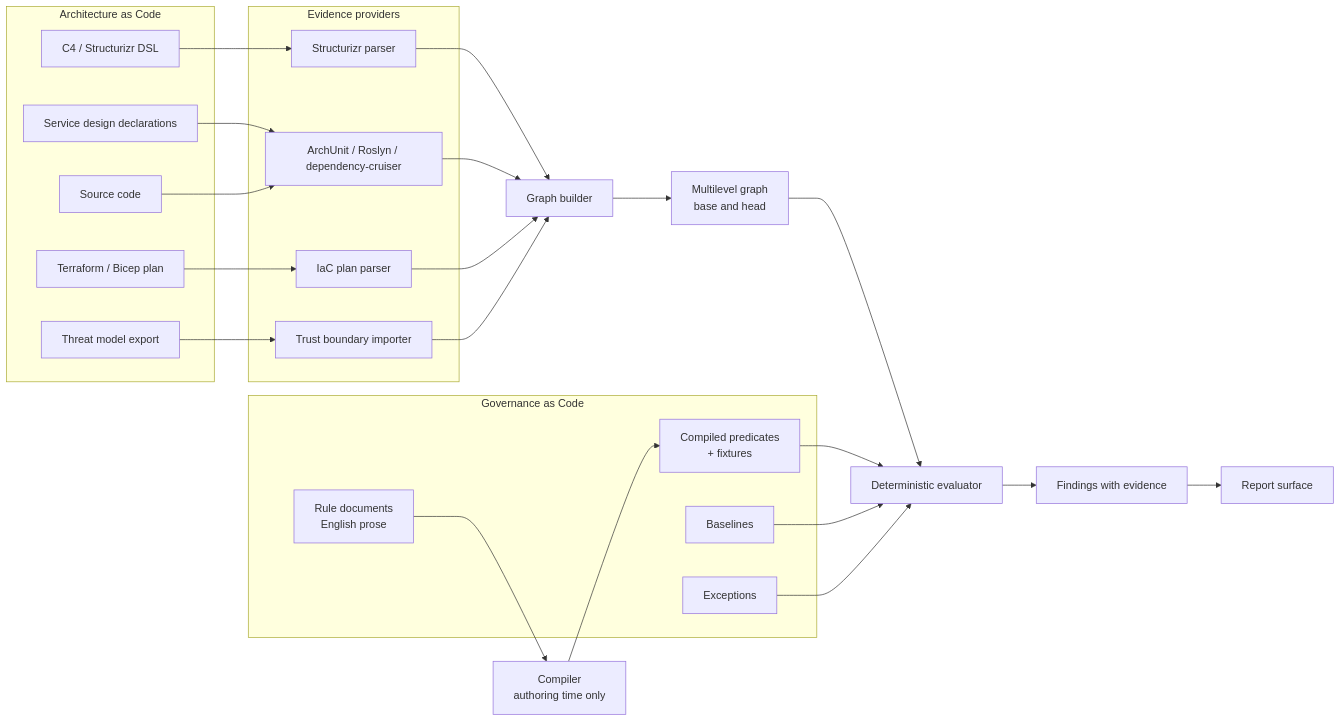
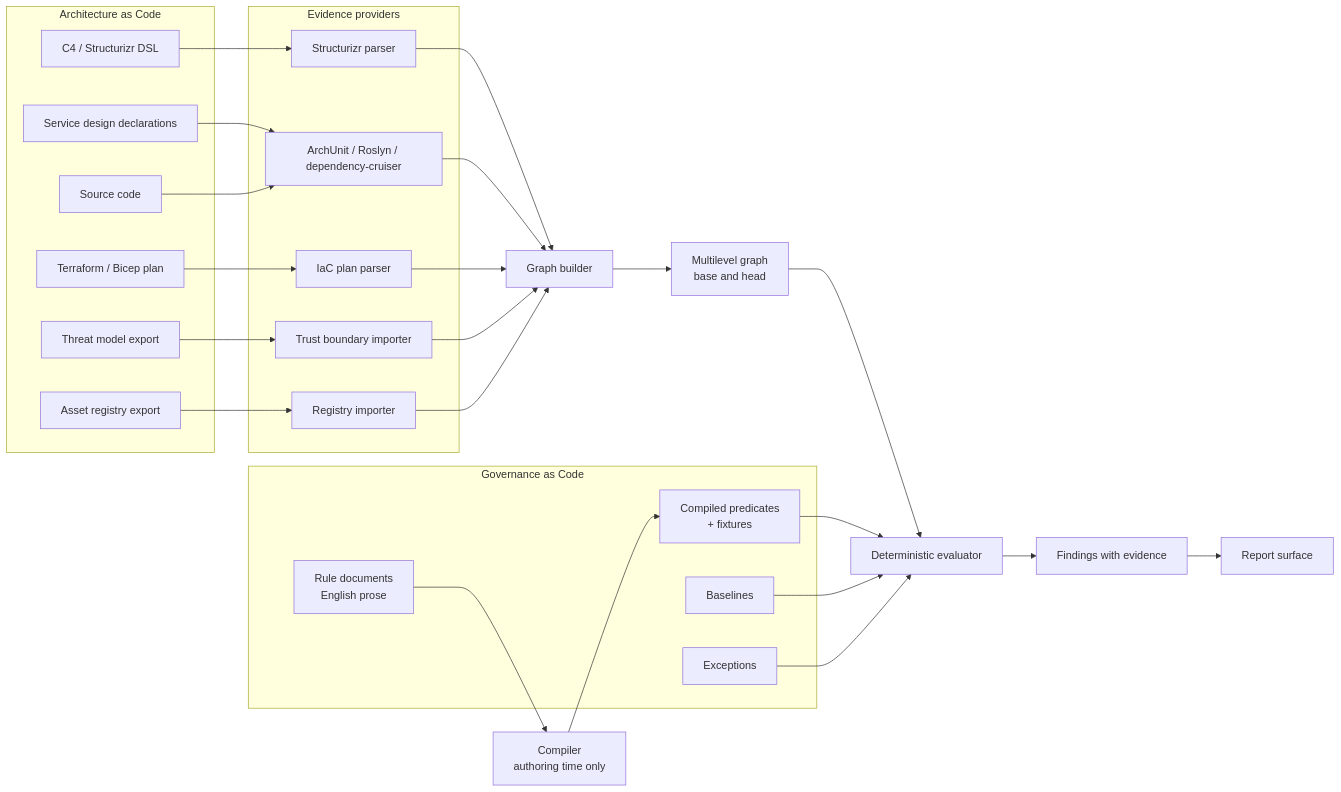
The second of 5 diagrams in idea/00-final-idea.md (Anilinfo2015/ArchGuard-Agent), drawn with Mermaid before and after one commit. The commit also changed other lines of this file, not shown here.

Commit message:
Reframe final idea around shared-asset proliferation; add reuse primitives and capability registry

````diff
--- a/idea/00-final-idea.md
+++ b/idea/00-final-idea.md
@@ -66,51 +152,55 @@
 ```mermaid
 flowchart LR
     subgraph AAC["Architecture as Code"]
         A1["C4 / Structurizr DSL"]
         A2["Service design declarations"]
         A3["Terraform / Bicep plan"]
         A4["Source code"]
         A5["Threat model export"]
+        A6["Asset registry export"]
     end
 
     subgraph EP["Evidence providers"]
         E1["Structurizr parser"]
         E2["ArchUnit / Roslyn / dependency-cruiser"]
         E3["IaC plan parser"]
         E4["Trust boundary importer"]
+        E5["Registry importer"]
     end
 
     GB["Graph builder"]
     GR["Multilevel graph<br/>base and head"]
 
     subgraph GAC["Governance as Code"]
         R1["Rule documents<br/>English prose"]
         R2["Compiled predicates<br/>+ fixtures"]
         R3["Baselines"]
         R4["Exceptions"]
     end
 
     CMP["Compiler<br/>authoring time only"]
     EVA["Deterministic evaluator"]
     FIN["Findings with evidence"]
     OUT["Report surface"]
 
     A1 --> E1
     A2 --> E2
     A4 --> E2
     A3 --> E3
     A5 --> E4
+    A6 --> E5
     E1 --> GB
     E2 --> GB
     E3 --> GB
     E4 --> GB
+    E5 --> GB
     GB --> GR
     R1 --> CMP
     CMP --> R2
     GR --> EVA
     R2 --> EVA
     R3 --> EVA
     R4 --> EVA
     EVA --> FIN
     FIN --> OUT
 ```
````
